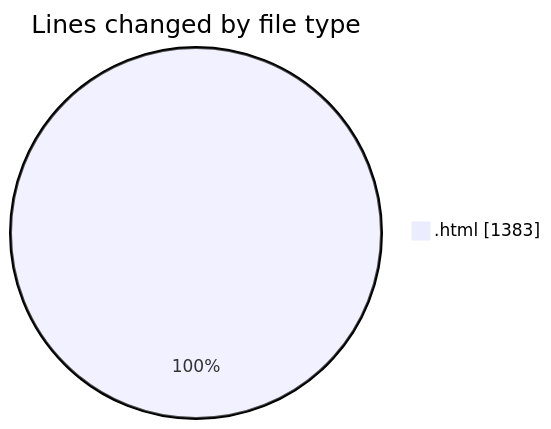
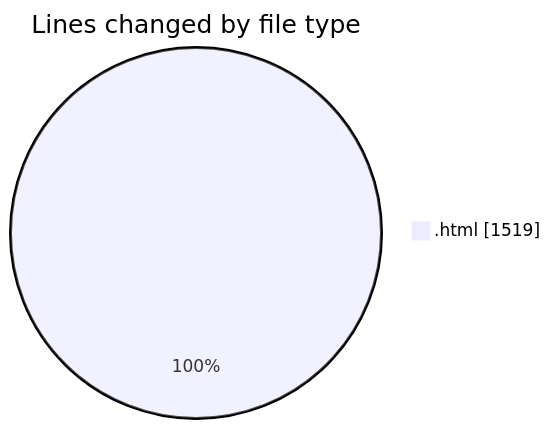
One commit to Ritupan-Deka/code-tracking changed the first of 2 diagrams in 2025-05-21/filetransfer/README.md. Above: the diagram before and after it, drawn with Mermaid. The commit also changed other lines of this file and 1 other file, not shown here.

````diff
--- a/2025-05-21/filetransfer/README.md
+++ b/2025-05-21/filetransfer/README.md
@@ -22,5 +22,5 @@
 ```mermaid
 pie showData
 title Lines changed by file type
-".html" : 1383
+".html" : 1519
 ```
````
